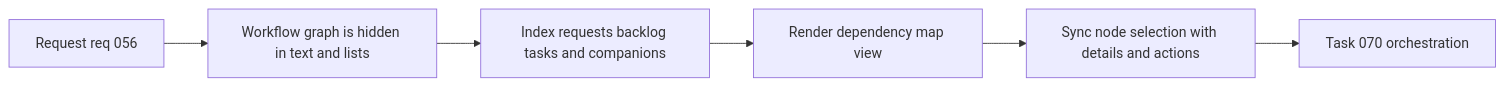
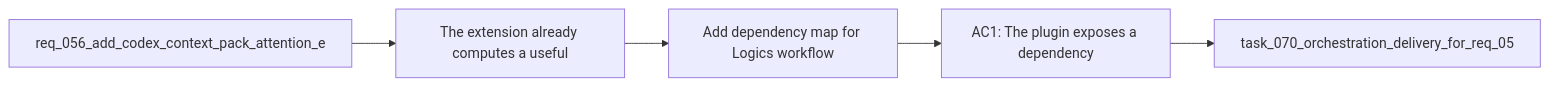
The diagram in logics/backlog/item_067_add_dependency_map_for_logics_workflow_relationships.md (AlexAgo83/logics-manager), drawn with Mermaid before and after one commit. The commit also changed 481 other files, not shown here.

Commit message:
Normalize Logics docs and workflow indicators

````diff
--- a/logics/backlog/item_067_add_dependency_map_for_logics_workflow_relationships.md
+++ b/logics/backlog/item_067_add_dependency_map_for_logics_workflow_relationships.md
@@ -32,9 +32,9 @@
 ```mermaid
+%% logics-kind: backlog
 %% logics-signature: backlog|add-dependency-map-for-logics-workflow-r|req-056-add-codex-context-pack-attention|the-extension-already-computes-a-useful|ac1-the-plugin-exposes-a-dependency
 flowchart LR
-    Request[Request req 056] --> Problem[Workflow graph is hidden in text and lists]
-    Problem --> Graph[Index requests backlog tasks and companions]
-    Graph --> Map[Render dependency map view]
-    Map --> Sync[Sync node selection with details and actions]
-    Sync --> Task[Task 070 orchestration]
+    Request[req_056_add_codex_context_pack_attention_e] --> Problem[The extension already computes a useful]
+    Problem --> Scope[Add dependency map for Logics workflow]
+    Scope --> Acceptance[AC1: The plugin exposes a dependency]
+    Acceptance --> Tasks[task_070_orchestration_delivery_for_req_05]
 ```
````
